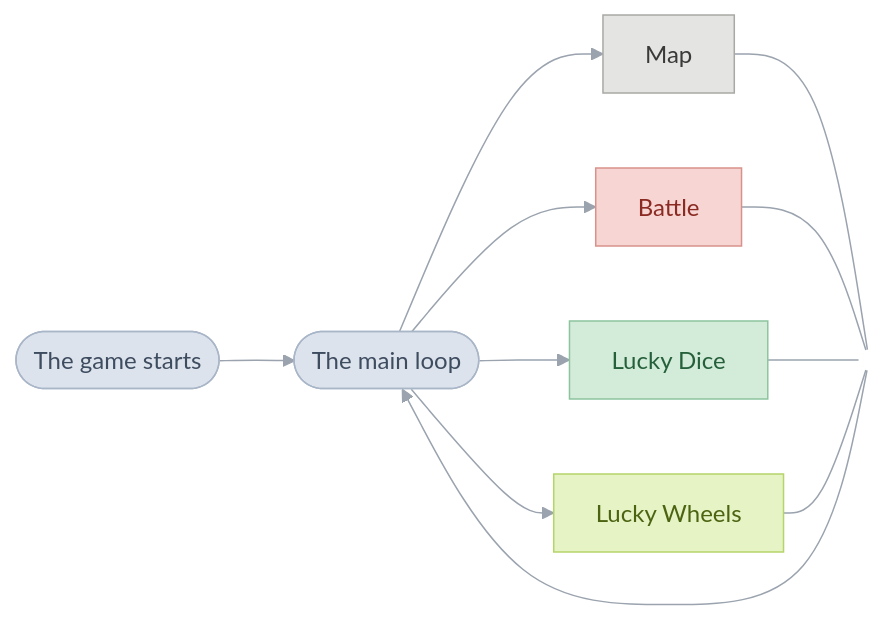
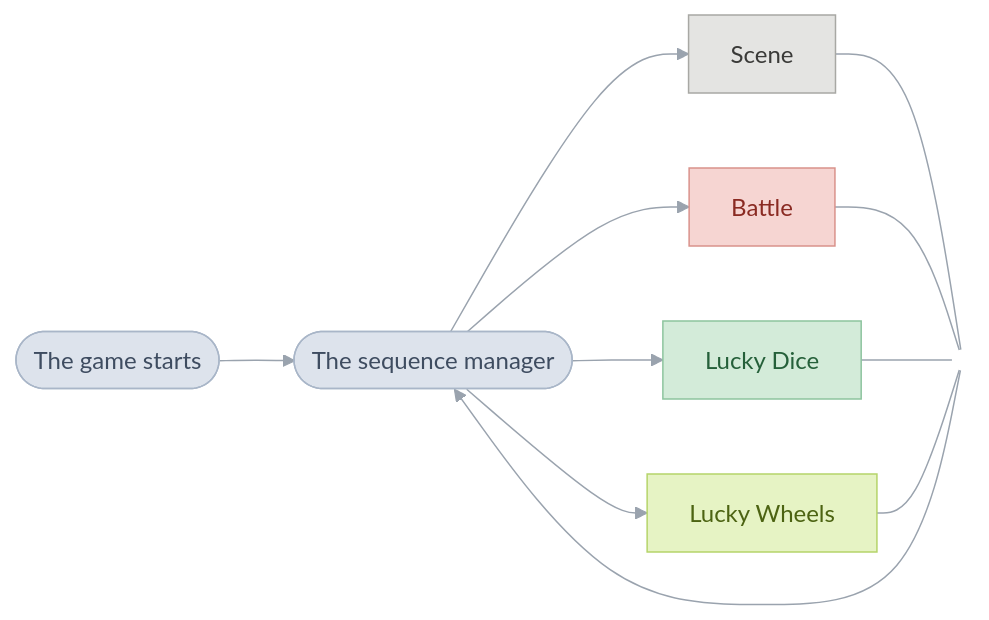
One commit to PascalPixel/alchemy changed the diagram in games/tbs/README.md. Above: the diagram before and after it, drawn with Mermaid. The commit also changed other lines of this file and 35 other files, not shown here.

First line of the commit message:
Docs, AGENTS.md and core comments: the sequence manager, scenes and maps

````diff
--- a/games/tbs/README.md
+++ b/games/tbs/README.md
@@ -8,27 +8,27 @@
 ```mermaid
 %%{init: {"theme": "base", "themeVariables": {"lineColor": "#9AA3AE"}, "flowchart": {"curve": "basis", "padding": 14}}}%%
 flowchart LR
-  start(["The game starts"]) --> loop(["The main loop"])
-  loop --> map["Map"]
+  start(["The game starts"]) --> loop(["The sequence manager"])
+  loop --> scene["Scene"]
   loop --> battle["Battle"]
   loop --> dice["Lucky Dice"]
   loop --> wheels["Lucky Wheels"]
-  map --- back(( ))
+  scene --- back(( ))
   battle --- back
   dice --- back
   wheels --- back
   back --> loop
   classDef flow fill:#DDE3EC,stroke:#A9B6C8,color:#3E4C60
   classDef field fill:#E4E4E2,stroke:#A8A8A4,color:#3A3A38
   classDef fight fill:#F6D5D2,stroke:#D9928B,color:#8A2A22
   classDef dice fill:#D3EBD9,stroke:#8DC49E,color:#25603A
   classDef wheels fill:#E6F3C4,stroke:#B5D46A,color:#4C6312
   classDef join fill:transparent,stroke:transparent
   class start,loop flow
-  class map field
+  class scene field
   class battle fight
   class dice dice
   class wheels wheels
   class back join
   style back width:1px,height:1px
 ```
````
